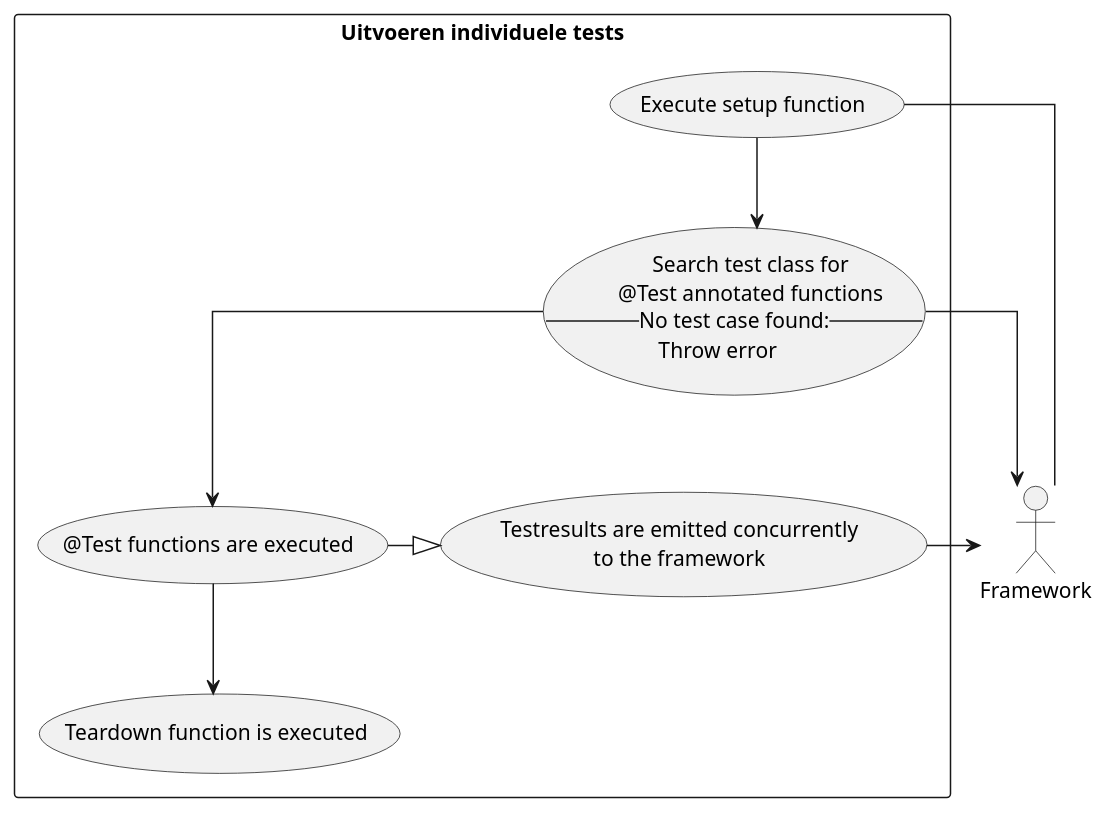
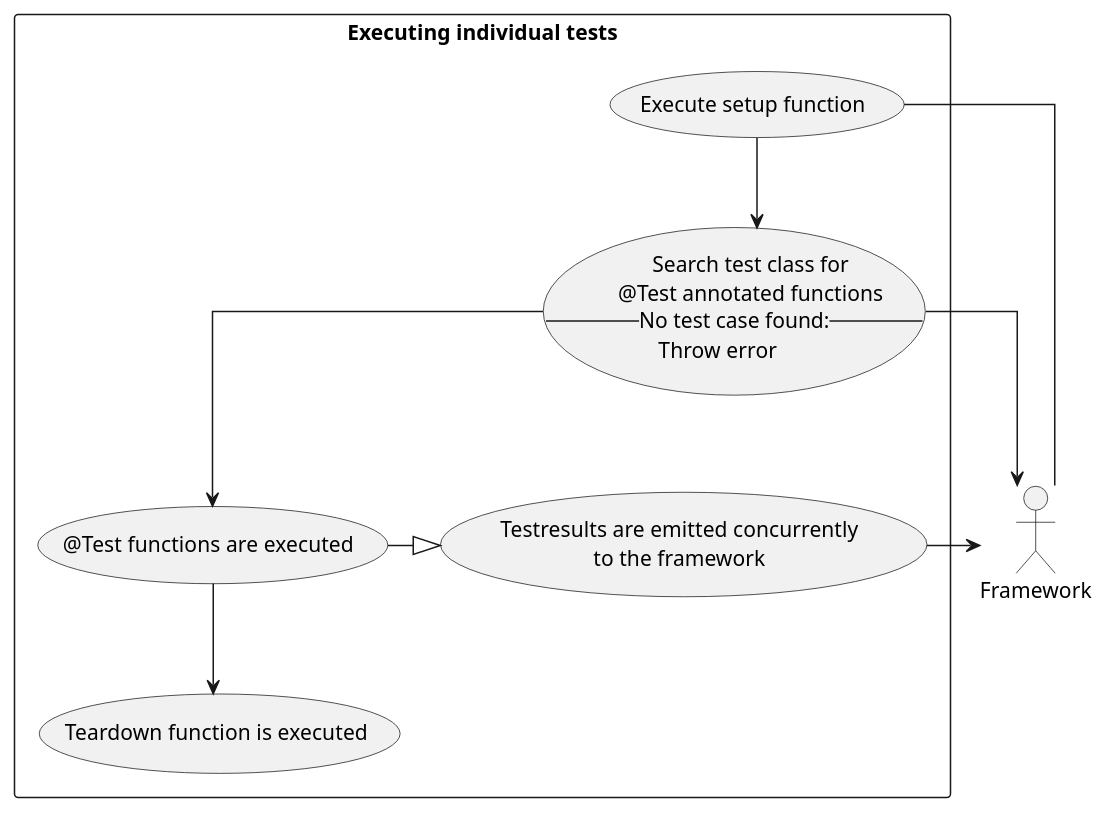
The diagram in Scenarios/IndividualTest.plantuml (dannypas00/bouw7-uml), drawn with PlantUML before and after one commit. The commit also changed 3 other files, not shown here.

Commit message:
Updated UML

```diff
--- a/Scenarios/IndividualTest.plantuml
+++ b/Scenarios/IndividualTest.plantuml
@@ -1,27 +1,27 @@
 @startuml usecase
 skinparam linetype ortho
 
 
 actor caller as "Framework"
 
-rectangle usecase as "Uitvoeren individuele tests" {
+rectangle usecase as "Executing individual tests" {
     usecase setup as "Execute setup function"
     usecase search as "Search test class for 
         @Test annotated functions
         --No test case found:--
         Throw error"
     usecase execute as "@Test functions are executed"
     usecase return as "Testresults are emitted concurrently
     to the framework"
     usecase teardown as "Teardown function is executed"
 }
 
 setup - caller
 setup --> search
 search --> execute
 search -> caller
 execute -|> return
 return -> caller
 execute --> teardown
 
 @enduml
```
